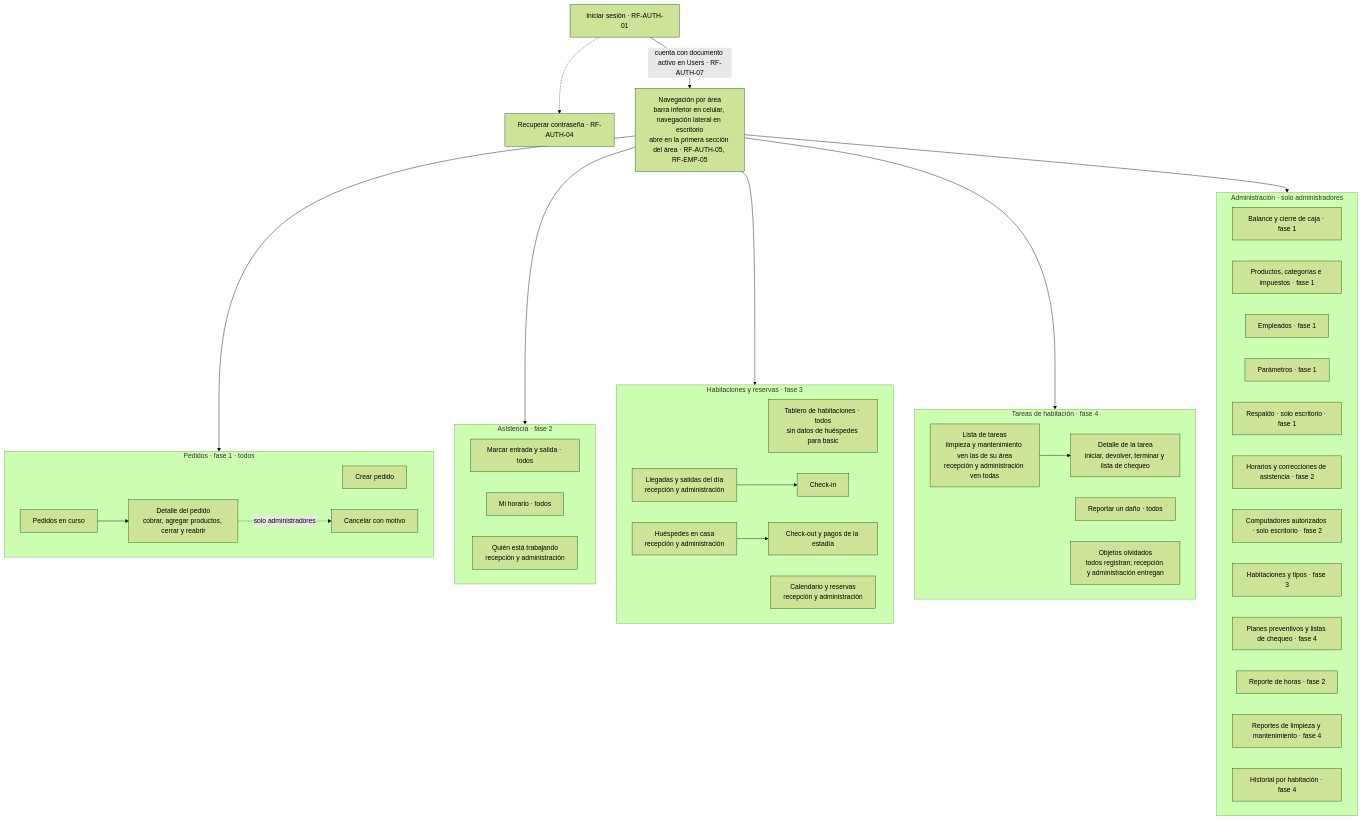
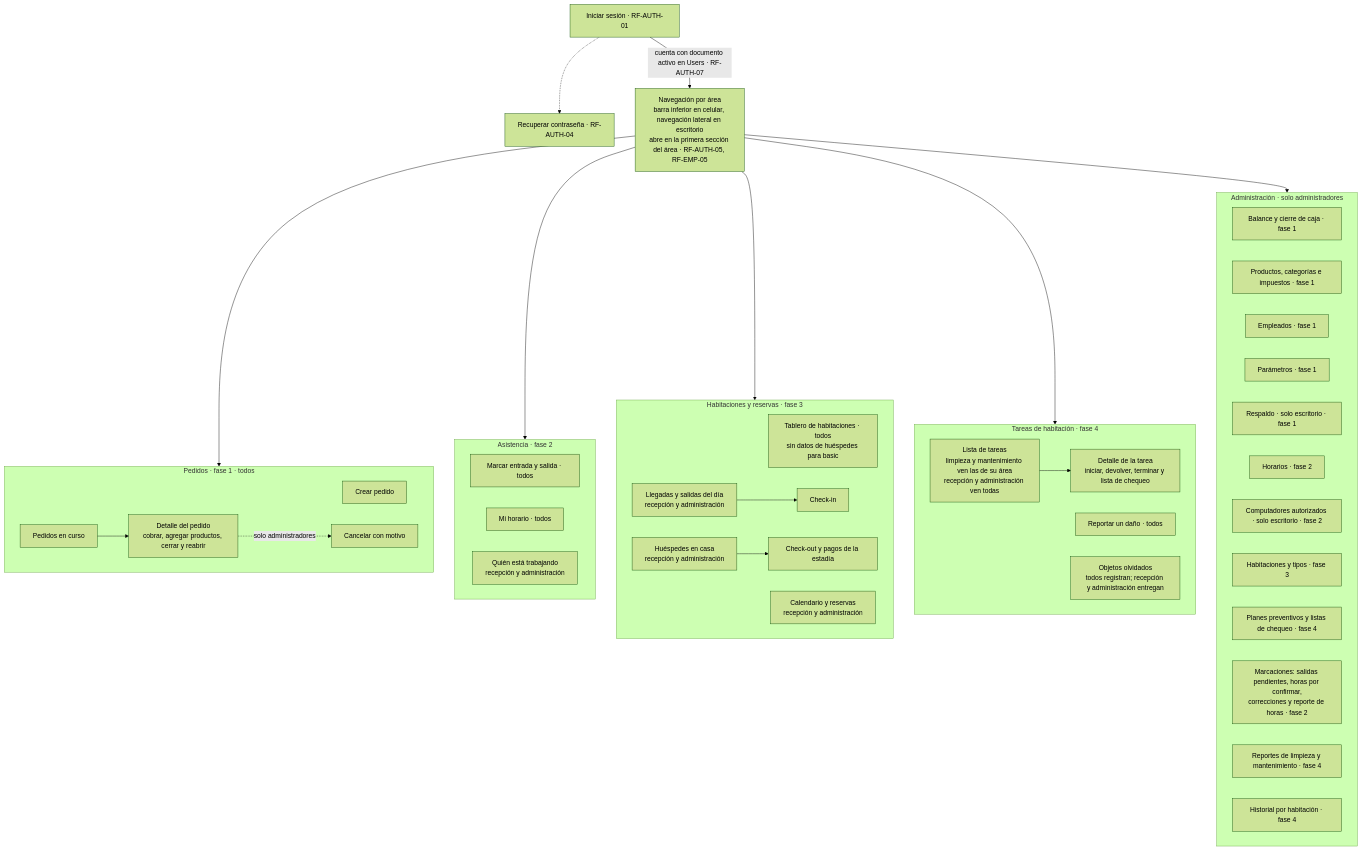
The sixth of 13 diagrams in docs/PRD.md (PeakDevCol/HotelManagement), drawn with Mermaid (forest theme) before and after one commit. The commit also changed other lines of this file, not shown here.

````diff
--- a/docs/PRD.md
+++ b/docs/PRD.md
@@ -1091,52 +1100,52 @@
 ```mermaid
 flowchart TD
     login["Iniciar sesión · RF-AUTH-01"]
     login -.-> forgotPassword["Recuperar contraseña · RF-AUTH-04"]
     login -->|"cuenta con documento activo en Users · RF-AUTH-07"| menu["Navegación por área<br/>barra inferior en celular, navegación lateral en escritorio<br/>abre en la primera sección del área · RF-AUTH-05, RF-EMP-05"]
 
     subgraph orders ["Pedidos · fase 1 · todos"]
         newOrder["Crear pedido"]
         currentOrders["Pedidos en curso"] --> orderDetail["Detalle del pedido<br/>cobrar, agregar productos, cerrar y reabrir"]
         orderDetail -.->|"solo administradores"| cancelOrder["Cancelar con motivo"]
     end
 
     subgraph attendance ["Asistencia · fase 2"]
         clockInOut["Marcar entrada y salida · todos"]
         mySchedule["Mi horario · todos"]
         whoIsWorking["Quién está trabajando<br/>recepción y administración"]
     end
 
     subgraph roomsAndReservations ["Habitaciones y reservas · fase 3"]
         roomBoard["Tablero de habitaciones · todos<br/>sin datos de huéspedes para basic"]
         reservationCalendar["Calendario y reservas<br/>recepción y administración"]
         arrivalsAndDepartures["Llegadas y salidas del día<br/>recepción y administración"] --> checkIn["Check-in"]
         guestsInHouse["Huéspedes en casa<br/>recepción y administración"] --> checkOut["Check-out y pagos de la estadía"]
     end
 
     subgraph roomTasks ["Tareas de habitación · fase 4"]
         taskList["Lista de tareas<br/>limpieza y mantenimiento ven las de su área<br/>recepción y administración ven todas"] --> taskDetail["Detalle de la tarea<br/>iniciar, devolver, terminar y lista de chequeo"]
         reportDamage["Reportar un daño · todos"]
         lostItems["Objetos olvidados<br/>todos registran; recepción y administración entregan"]
     end
 
     subgraph administration ["Administración · solo administradores"]
         balance["Balance y cierre de caja · fase 1"]
         inventory["Productos, categorías e impuestos · fase 1"]
         employees["Empleados · fase 1"]
         settings["Parámetros · fase 1"]
         backup["Respaldo · solo escritorio · fase 1"]
-        shifts["Horarios y correcciones de asistencia · fase 2"]
+        shifts["Horarios · fase 2"]
         authorizedComputers["Computadores autorizados · solo escritorio · fase 2"]
         roomSetup["Habitaciones y tipos · fase 3"]
         maintenancePlans["Planes preventivos y listas de chequeo · fase 4"]
-        hoursReport["Reporte de horas · fase 2"]
+        hoursReport["Marcaciones: salidas pendientes, horas por confirmar,<br/>correcciones y reporte de horas · fase 2"]
         taskReports["Reportes de limpieza y mantenimiento · fase 4"]
         roomHistory["Historial por habitación · fase 4"]
     end
 
     menu --> orders
     menu --> attendance
     menu --> roomsAndReservations
     menu --> roomTasks
     menu --> administration
 ```
````
